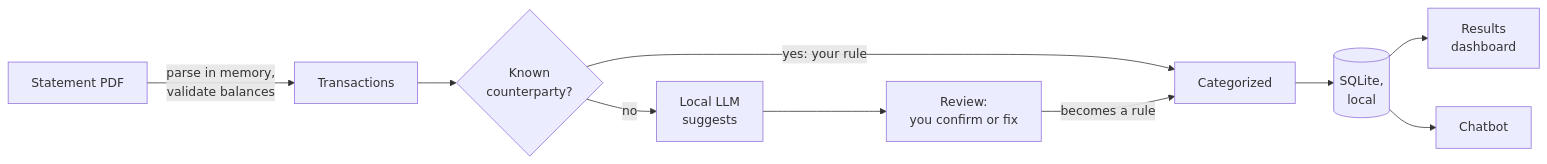
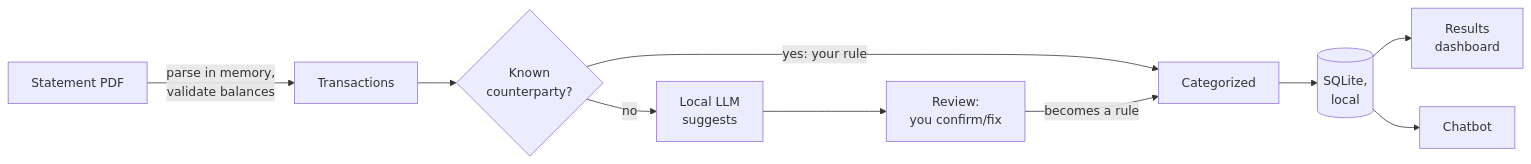
The diagram in README.md (JoseJuv/spending-analyzer), drawn with Mermaid before and after one commit. The commit also changed other lines of this file and 2 other files, not shown here.

````diff
--- a/README.md
+++ b/README.md
@@ -35,12 +35,12 @@
 ```mermaid
 flowchart LR
     A[Statement PDF] -->|parse in memory,<br/>validate balances| B[Transactions]
     B --> C{Known<br/>counterparty?}
     C -->|yes: your rule| E[Categorized]
     C -->|no| D[Local LLM<br/>suggests]
-    D --> R[Review:<br/>you confirm or fix]
+    D --> R[Review:<br/>you confirm/fix]
     R -->|becomes a rule| E
     E --> F[(SQLite,<br/>local)]
     F --> G[Results<br/>dashboard]
     F --> H[Chatbot]
 ```
````
